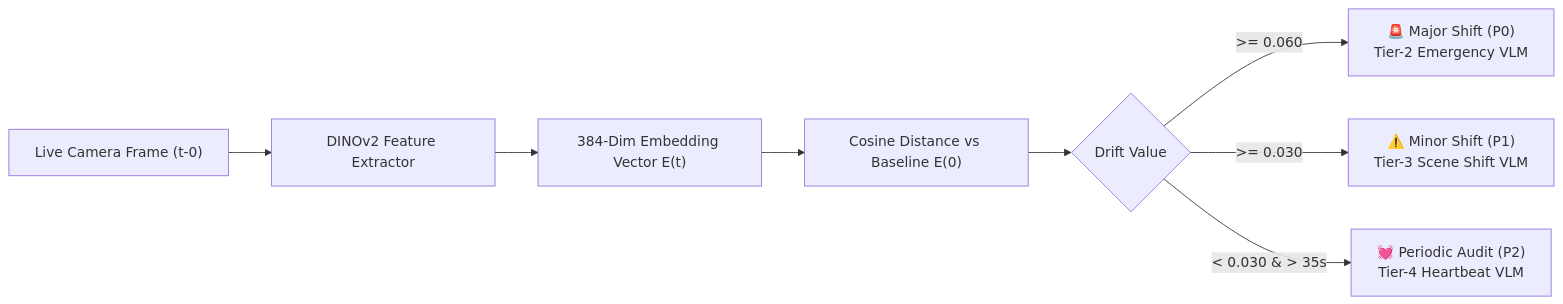
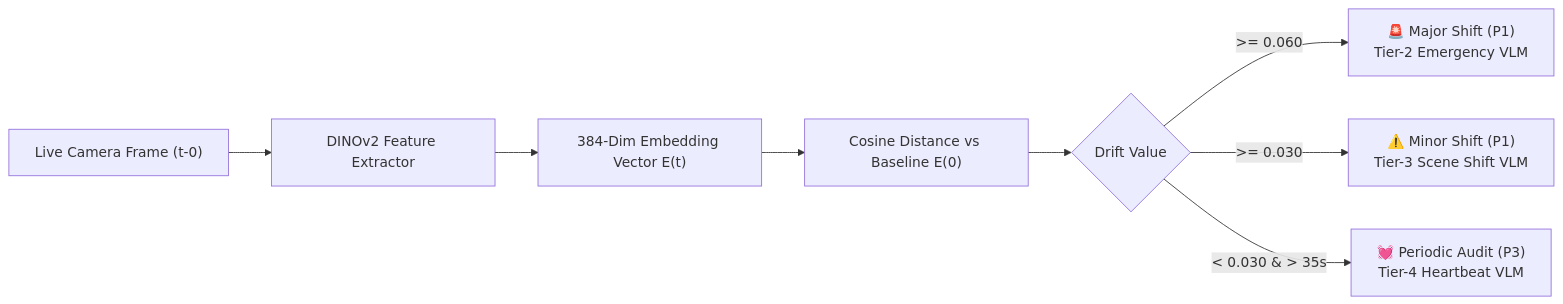
One commit to kaushikvarma-create/RapidAlert changed the first of 2 diagrams in docs/technical_deep_dive.md. Above: the diagram before and after it, drawn with Mermaid. The commit also changed other lines of this file and 1 other file, not shown here.

Commit message:
docs: expand README and technical deepdive with two-tier priority queuing architecture, MIG load balancing, and performance telemetry

````diff
--- a/docs/technical_deep_dive.md
+++ b/docs/technical_deep_dive.md
@@ -144,10 +148,10 @@
 ```mermaid
 flowchart LR
     FRAME["Live Camera Frame (t-0)"] --> DINO["DINOv2 Feature Extractor"]
     DINO --> EMBED["384-Dim Embedding Vector E(t)"]
     EMBED --> DRIFT["Cosine Distance vs Baseline E(0)"]
     DRIFT --> EVAL{"Drift Value"}
-    EVAL -->|">= 0.060"| MAJOR["🚨 Major Shift (P0)<br>Tier-2 Emergency VLM"]
+    EVAL -->|">= 0.060"| MAJOR["🚨 Major Shift (P1)<br>Tier-2 Emergency VLM"]
     EVAL -->|">= 0.030"| MINOR["⚠️ Minor Shift (P1)<br>Tier-3 Scene Shift VLM"]
-    EVAL -->|"< 0.030 & > 35s"| HB["💓 Periodic Audit (P2)<br>Tier-4 Heartbeat VLM"]
+    EVAL -->|"< 0.030 & > 35s"| HB["💓 Periodic Audit (P3)<br>Tier-4 Heartbeat VLM"]
 ```
````
